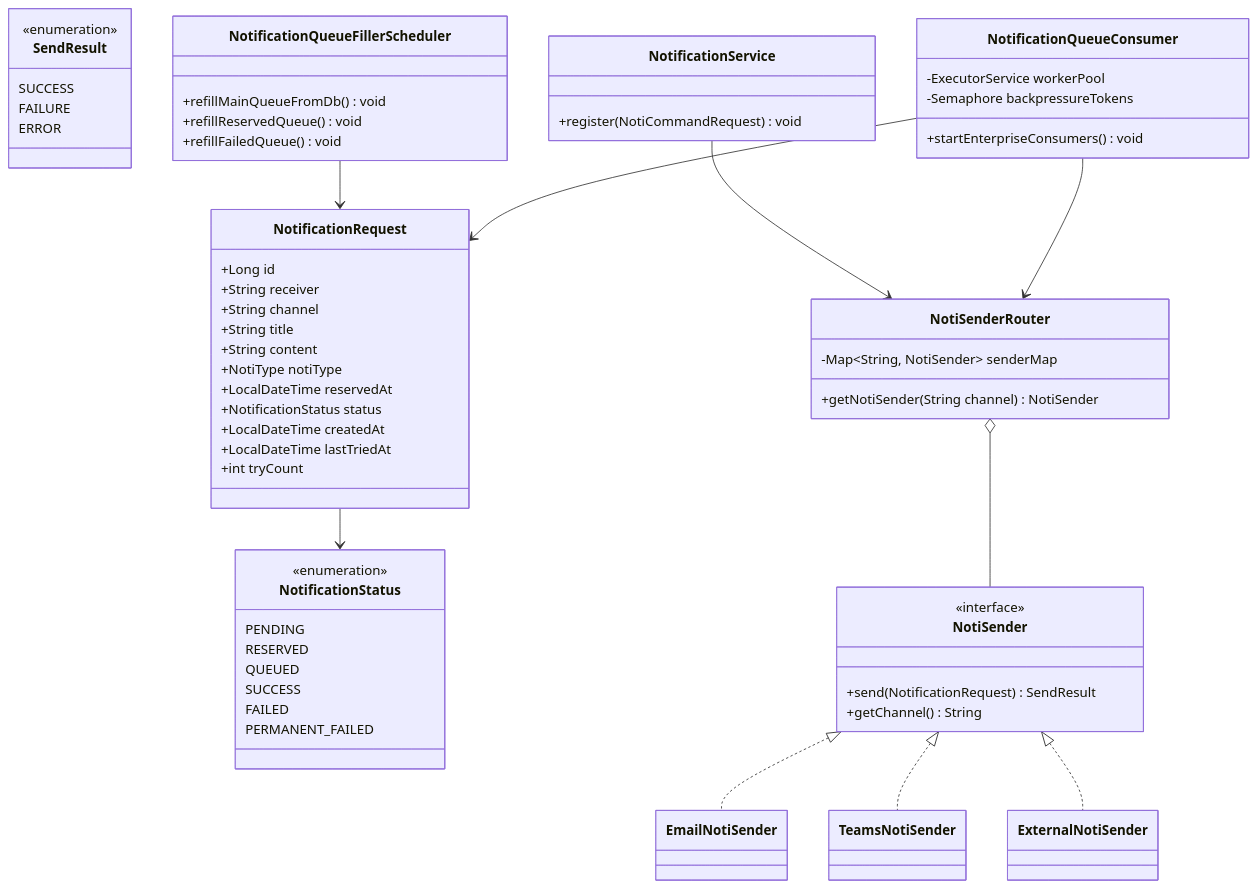
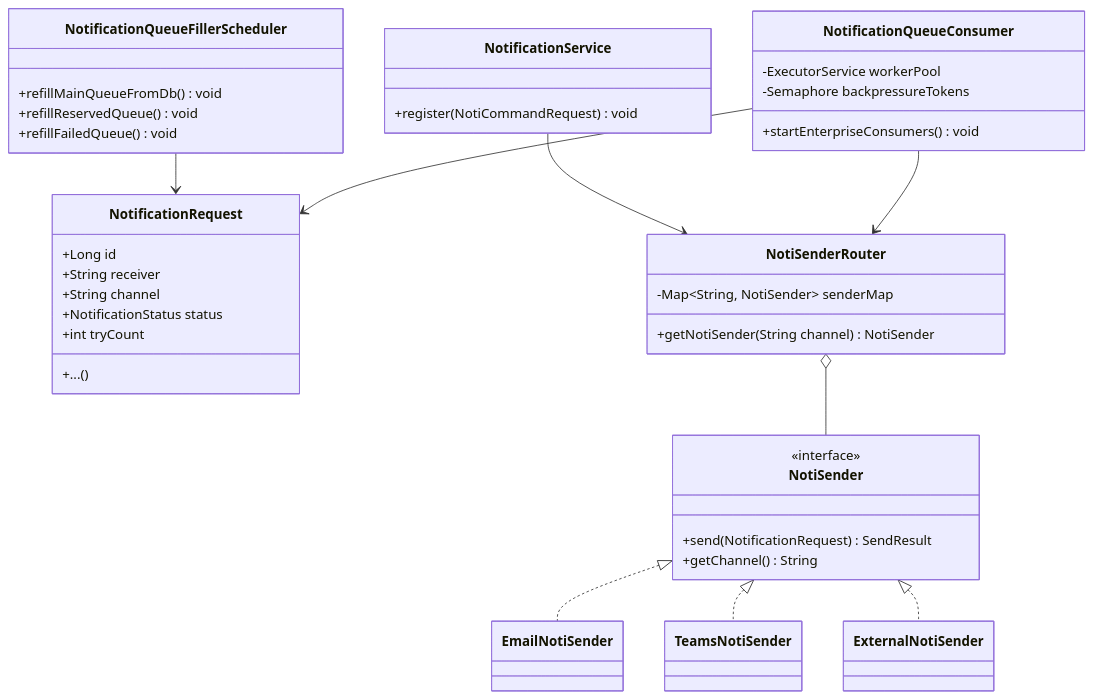
The second of 2 diagrams in README.md (parkyeomyeong/NotificationStudy-ScalableMiddleware), drawn with Mermaid before and after one commit. The commit also changed other lines of this file, not shown here.

````diff
--- a/README.md
+++ b/README.md
@@ -168,70 +204,48 @@
 ```mermaid
 classDiagram
     class NotificationRequest {
         +Long id
         +String receiver
         +String channel
-        +String title
-        +String content
-        +NotiType notiType
-        +LocalDateTime reservedAt
         +NotificationStatus status
-        +LocalDateTime createdAt
-        +LocalDateTime lastTriedAt
         +int tryCount
-    }
-
-    class NotificationStatus {
-        <<enumeration>>
-        PENDING
-        RESERVED
-        QUEUED
-        SUCCESS
-        FAILED
-        PERMANENT_FAILED
-    }
-
-    class SendResult {
-        <<enumeration>>
-        SUCCESS
-        FAILURE
-        ERROR
+        +...()
     }
 
     class NotiSender {
         <<interface>>
         +send(NotificationRequest) SendResult
         +getChannel() String
     }
 
     class NotiSenderRouter {
         -Map~String, NotiSender~ senderMap
         +getNotiSender(String channel) NotiSender
     }
 
     class NotificationService {
         +register(NotiCommandRequest) void
     }
 
     class NotificationQueueFillerScheduler {
         +refillMainQueueFromDb() void
         +refillReservedQueue() void
         +refillFailedQueue() void
     }
 
     class NotificationQueueConsumer {
         -ExecutorService workerPool
         -Semaphore backpressureTokens
         +startEnterpriseConsumers() void
     }
 
     NotiSender <|.. EmailNotiSender
     NotiSender <|.. TeamsNotiSender
     NotiSender <|.. ExternalNotiSender
     NotiSenderRouter o-- NotiSender
     NotificationService --> NotiSenderRouter
     NotificationQueueFillerScheduler --> NotificationRequest
     NotificationQueueConsumer --> NotiSenderRouter
     NotificationQueueConsumer --> NotificationRequest
-    NotificationRequest --> NotificationStatus
+
 ```
````
